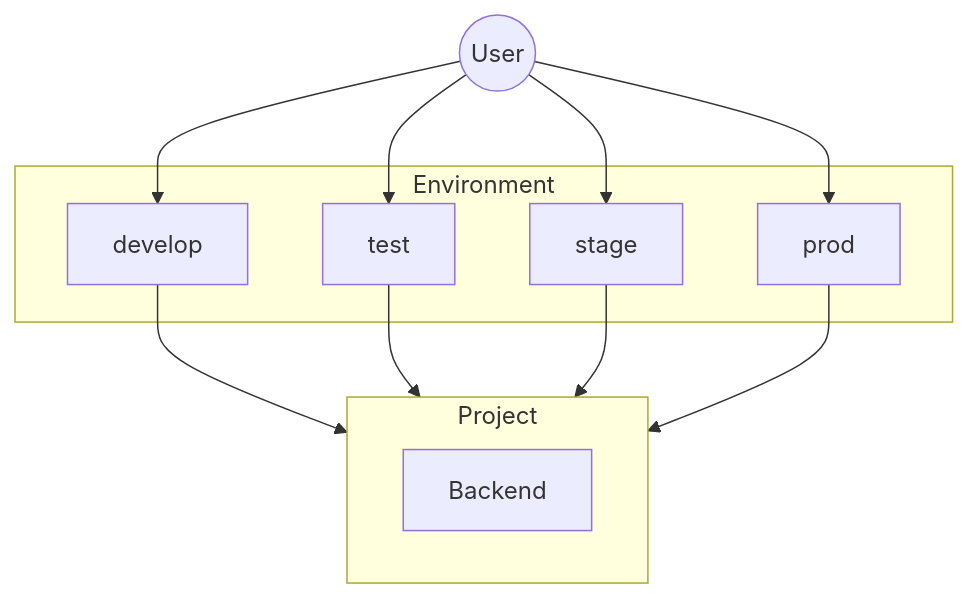
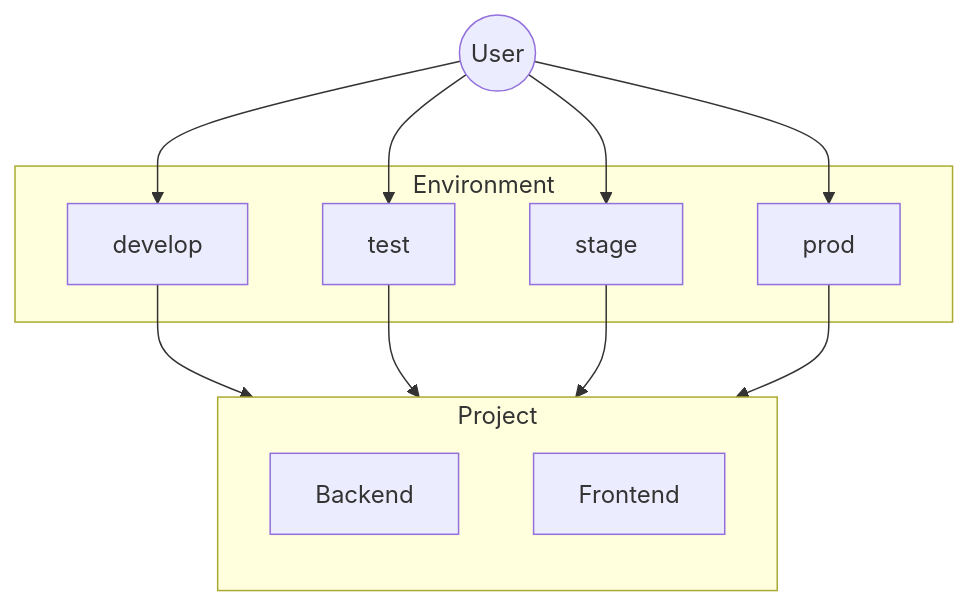
Before and after one commit to OfficialApurvChatur/POC02: the fourth of 4 diagrams in Readme.md, drawn with Mermaid. The commit also changed other lines of this file and 9 other files, not shown here.

````diff
--- a/Readme.md
+++ b/Readme.md
@@ -67,22 +67,24 @@
 ```mermaid
   flowchart
     User(("User"))
     subgraph Environment["Environment"]
       develop["develop"]
       test["test"]
       stage["stage"]
       prod["prod"]
     end
     subgraph Project["Project"]
+      direction TB
       Backend["Backend"]
+      Frontend["Frontend"]
     end
 
     User --> develop
       develop --> Project
     User --> test
       test --> Project
     User --> stage
       stage --> Project
     User --> prod
       prod --> Project
 ```
````
